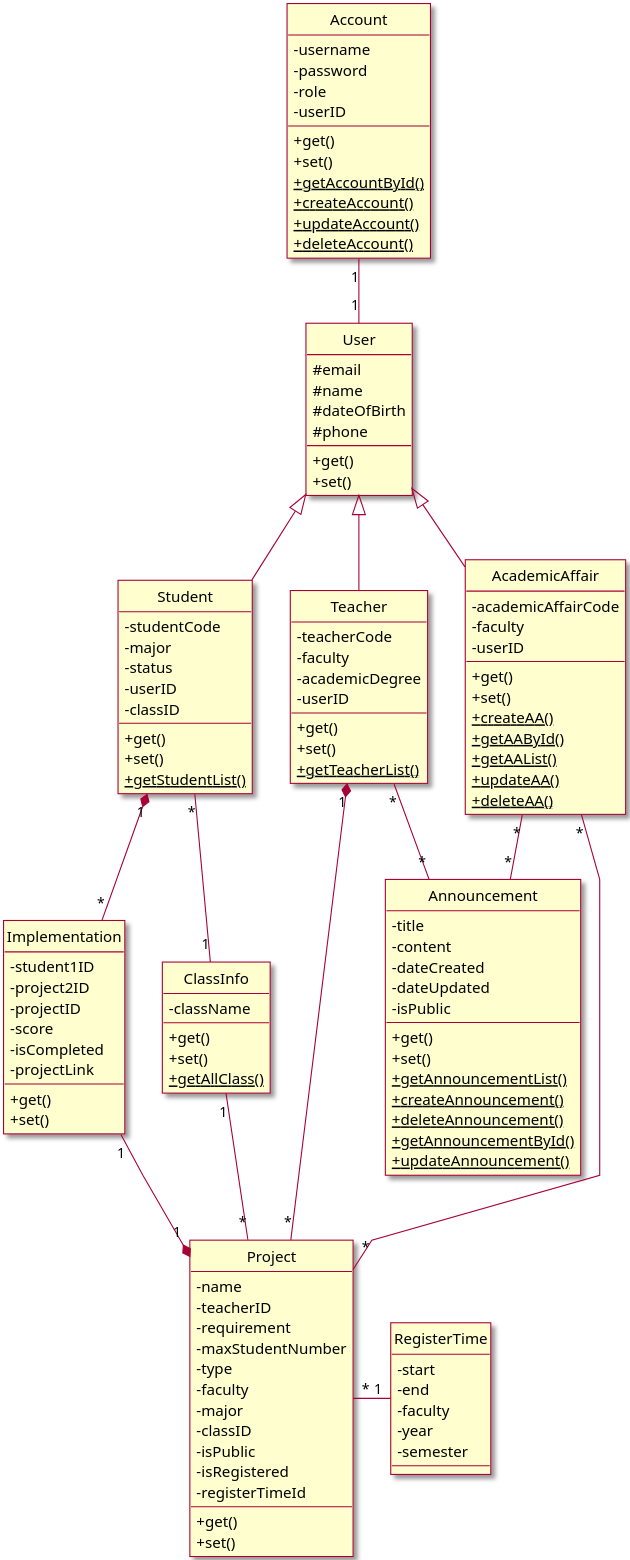
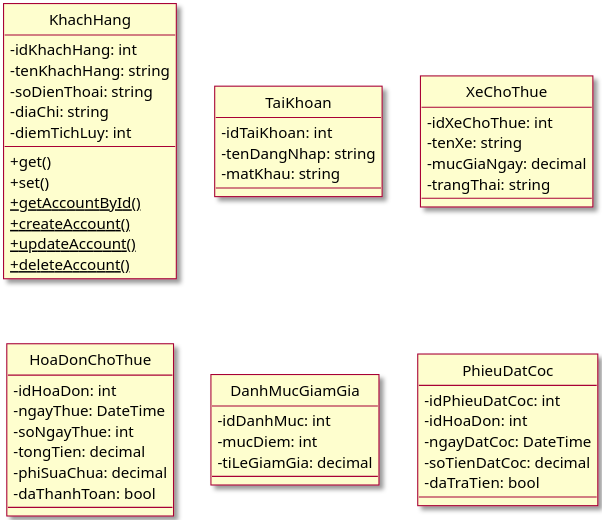
The diagram in Class Diagram/Class.puml (Marowota/SE100-plantuml), drawn with PlantUML before and after one commit. The commit also changed 2 other files, not shown here.

```diff
--- a/Class Diagram/Class.puml
+++ b/Class Diagram/Class.puml
@@ -1,147 +1,61 @@
 @startuml Class Diagram
 
 skin rose
 skinparam classAttributeIconSize 0
 ' skinparam linetype ortho
 skinparam linetype polyline
 hide circle
 scale 3
 
-class Account {
-    - username
-    - password
-    - role
-    - userID
+class KhachHang {
+    - idKhachHang: int
+    - tenKhachHang: string
+    - soDienThoai: string
+    - diaChi: string
+    - diemTichLuy: int
 
     + get()
     + set()
     + {static} getAccountById()
     + {static} createAccount()
     + {static} updateAccount()
     + {static} deleteAccount()
 }
 
-class User {
-    # email
-    # name
-    # dateOfBirth
-    # phone
 
-    + get()
-    + set()
+class TaiKhoan {
+    -idTaiKhoan: int
+    -tenDangNhap: string
+    -matKhau: string
 }
 
-class AcademicAffair {
-    - academicAffairCode
-    - faculty
-    - userID
-
-    + get()
-    + set()
-    + {static} createAA()
-    + {static} getAAById()
-    + {static} getAAList()
-    + {static} updateAA()
-    + {static} deleteAA()
-
+class XeChoThue {
+    -idXeChoThue: int
+    -tenXe: string
+    -mucGiaNgay: decimal
+    -trangThai: string
 }
 
-class Student {
-    - studentCode
-    - major
-    - status
-    - userID
-    - classID
-
-    + get()
-    + set()
-    + {static} getStudentList()
-    
+class HoaDonChoThue {
+    -idHoaDon: int
+    -ngayThue: DateTime
+    -soNgayThue: int
+    -tongTien: decimal
+    -phiSuaChua: decimal
+    -daThanhToan: bool
 }
 
-class Teacher {
-    - teacherCode
-    - faculty
-    - academicDegree
-    - userID
-
-    + get()
-    + set()
-    + {static} getTeacherList()
+class DanhMucGiamGia {
+    -idDanhMuc: int
+    -mucDiem: int
+    -tiLeGiamGia: decimal
 }
 
-class ClassInfo {
-    - className
-
-    +get()
-    +set()
-    + {static} getAllClass()
+class PhieuDatCoc {
+    -idPhieuDatCoc: int
+    -idHoaDon: int
+    -ngayDatCoc: DateTime
+    -soTienDatCoc: decimal
+    -daTraTien: bool
 }
-
-class Announcement {
-    - title
-    - content
-    - dateCreated
-    - dateUpdated
-    - isPublic
-
-    + get()
-    + set()
-    + {static} getAnnouncementList()
-    + {static} createAnnouncement()
-    + {static} deleteAnnouncement()
-    + {static} getAnnouncementById()
-    + {static} updateAnnouncement()
-}
-
-class Project {
-    - name
-    - teacherID
-    - requirement
-    - maxStudentNumber
-    - type
-    - faculty
-    - major
-    - classID
-    - isPublic
-    - isRegistered
-    - registerTimeId
-
-    + get()
-    + set()
-}
-
-class Implementation {
-    - student1ID
-    - project2ID
-    - projectID
-    - score
-    - isCompleted
-    - projectLink
-
-    + get()
-    + set()
-}
-
-class RegisterTime {
-    - start
-    - end
-    - faculty
-    - year
-    - semester
-}
-
-Account "1" -down- "1" User
-User <|-down- Student
-User <|-- Teacher
-User <|-- AcademicAffair
-Student "1" *-down- "*" Implementation
-Student "*" -down- "1" ClassInfo
-Implementation "1" -down-* "1" Project
-ClassInfo "1" -down- "*" Project
-Teacher "1" *-down- "*" Project
-Project "*" -right- "1" RegisterTime
-AcademicAffair "*" -down- "*" Announcement
-AcademicAffair "*" -- "*" Project
-Teacher "*" -- "*" Announcement
 @enduml
```
